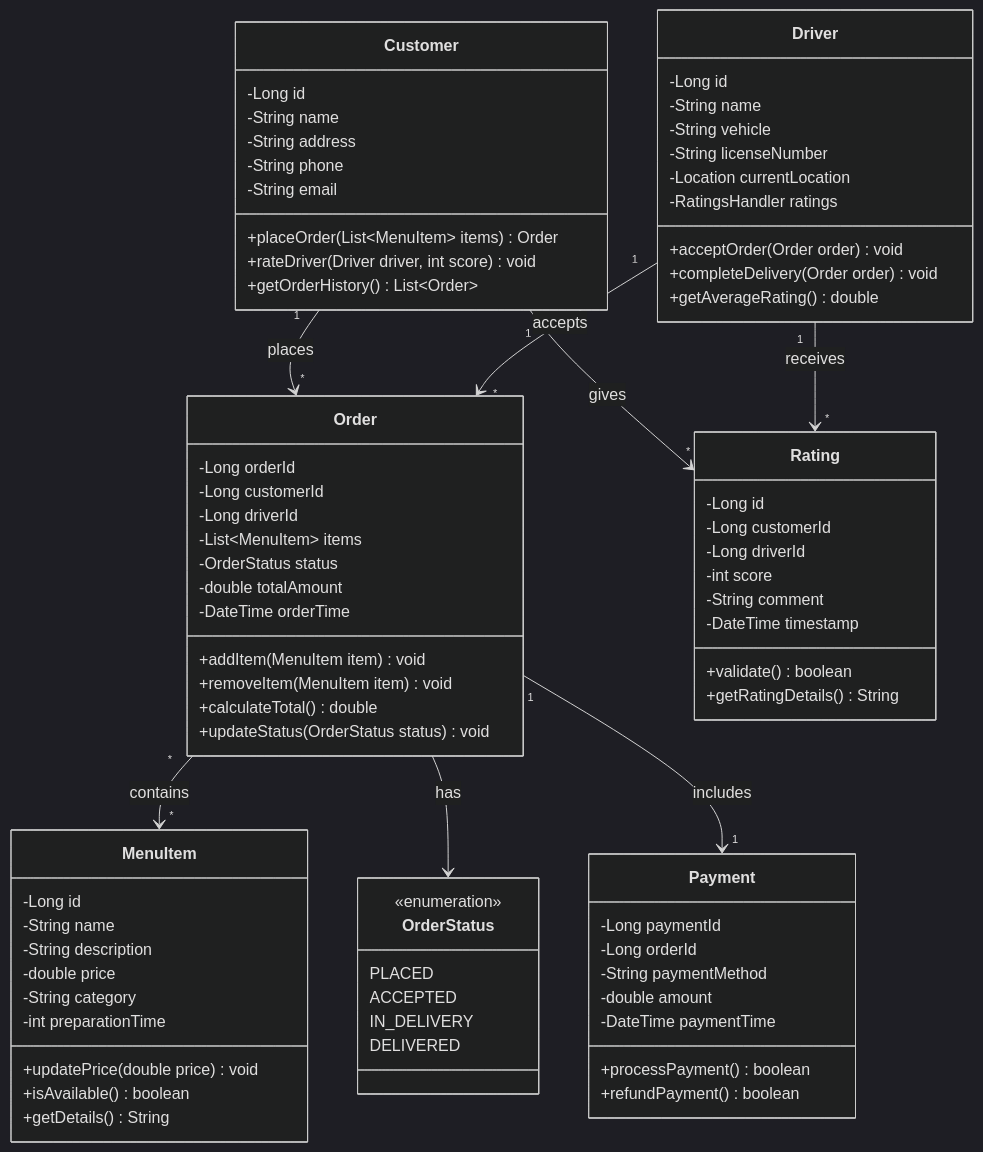
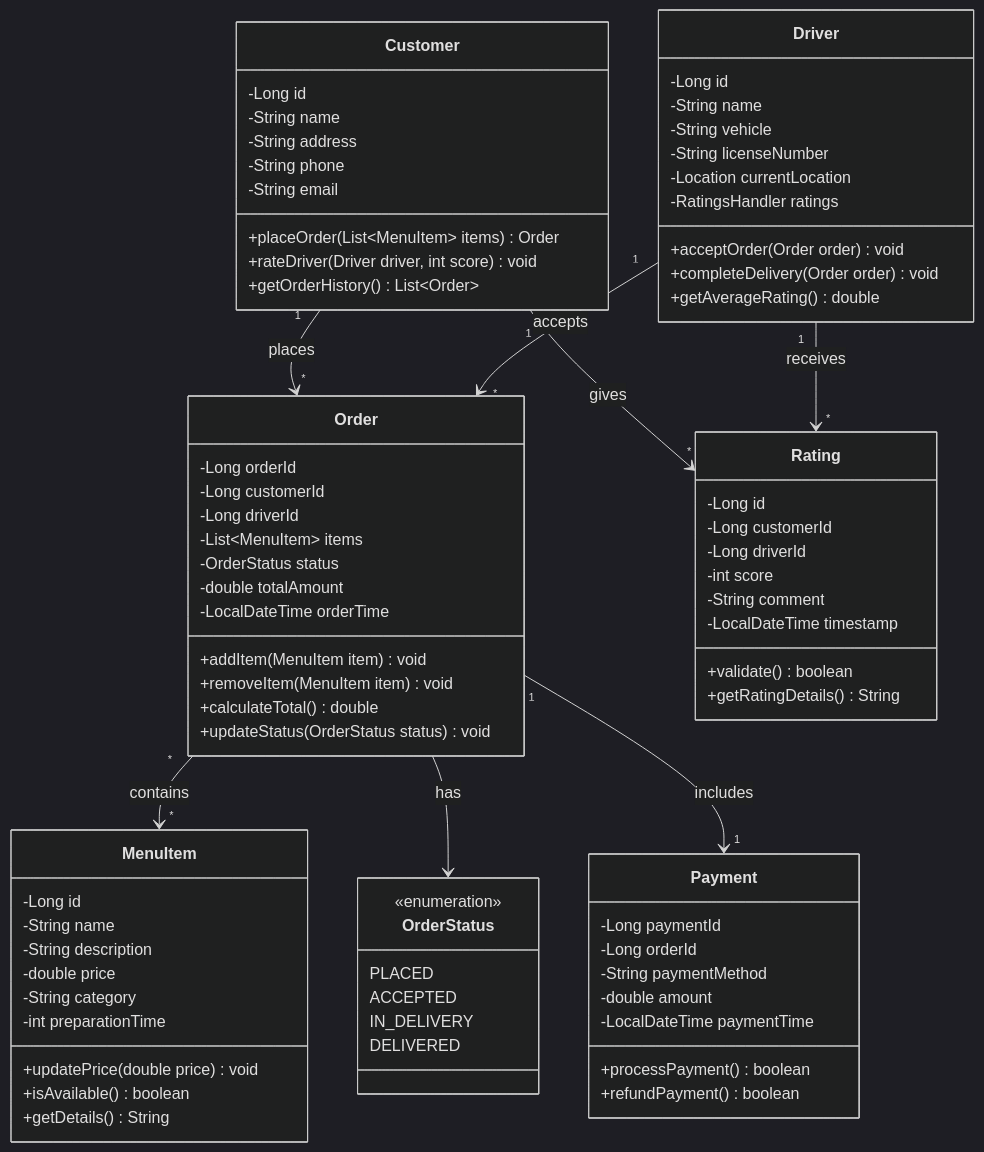
Before and after one commit to Surfer12/OnlineFoodDelievery: the diagram in README.md, drawn with Mermaid (dark theme). The commit also changed other lines of this file and 3 other files, not shown here.

```diff
--- a/README.md
+++ b/README.md
@@ -136,7 +101,7 @@
         -List~MenuItem~ items
         -OrderStatus status
         -double totalAmount
-        -DateTime orderTime
+        -LocalDateTime orderTime
         +addItem(MenuItem item) void
         +removeItem(MenuItem item) void
         +calculateTotal() double
@@ -173,7 +138,7 @@
         -Long driverId
         -int score
         -String comment
-        -DateTime timestamp
+        -LocalDateTime timestamp
         +validate() boolean
         +getRatingDetails() String
     }
@@ -191,7 +156,7 @@
         -Long orderId
         -String paymentMethod
         -double amount
-        -DateTime paymentTime
+        -LocalDateTime paymentTime
         +processPayment() boolean
         +refundPayment() boolean
     }
```
